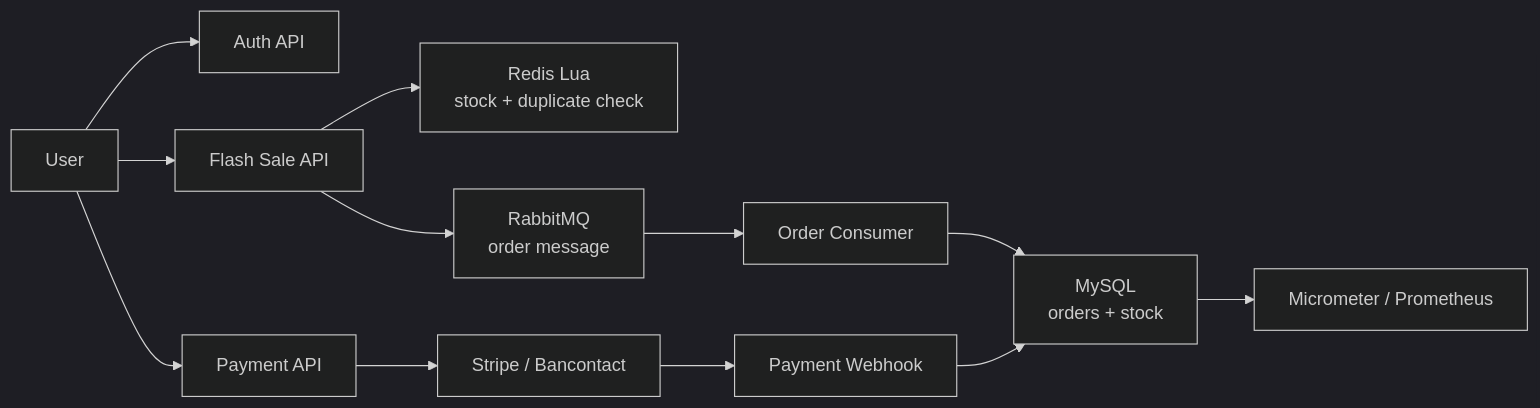
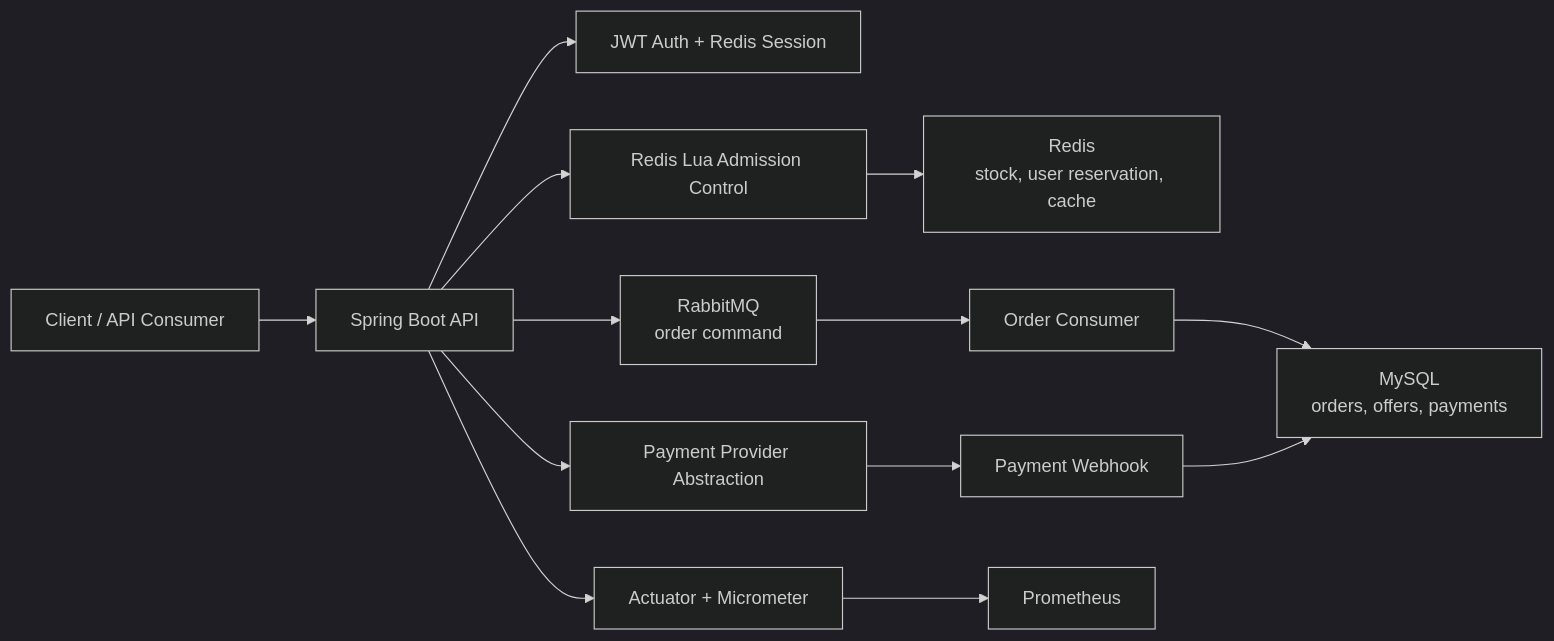
The diagram in README.md (HongZe-Liu/FlashSale-Redis-System), drawn with Mermaid (dark theme) before and after one commit. The commit also changed other lines of this file and 7 other files, not shown here.

````diff
--- a/README.md
+++ b/README.md
@@ -57,14 +11,15 @@
 ```mermaid
 flowchart LR
-    User["User"] --> Auth["Auth API"]
-    User --> FlashSale["Flash Sale API"]
-    FlashSale --> Redis["Redis Lua\nstock + duplicate check"]
-    FlashSale --> MQ["RabbitMQ\norder message"]
-    MQ --> Worker["Order Consumer"]
-    Worker --> MySQL["MySQL\norders + stock"]
-    User --> Payment["Payment API"]
-    Payment --> Provider["Stripe / Bancontact"]
-    Provider --> Webhook["Payment Webhook"]
+    Client["Client / API Consumer"] --> App["Spring Boot API"]
+    App --> Auth["JWT Auth + Redis Session"]
+    App --> Lua["Redis Lua Admission Control"]
+    Lua --> Redis["Redis\nstock, user reservation, cache"]
+    App --> MQ["RabbitMQ\norder command"]
+    MQ --> Consumer["Order Consumer"]
+    Consumer --> MySQL["MySQL\norders, offers, payments"]
+    App --> Payment["Payment Provider Abstraction"]
+    Payment --> Webhook["Payment Webhook"]
     Webhook --> MySQL
-    MySQL --> Metrics["Micrometer / Prometheus"]
+    App --> Metrics["Actuator + Micrometer"]
+    Metrics --> Prometheus["Prometheus"]
 ```
````
